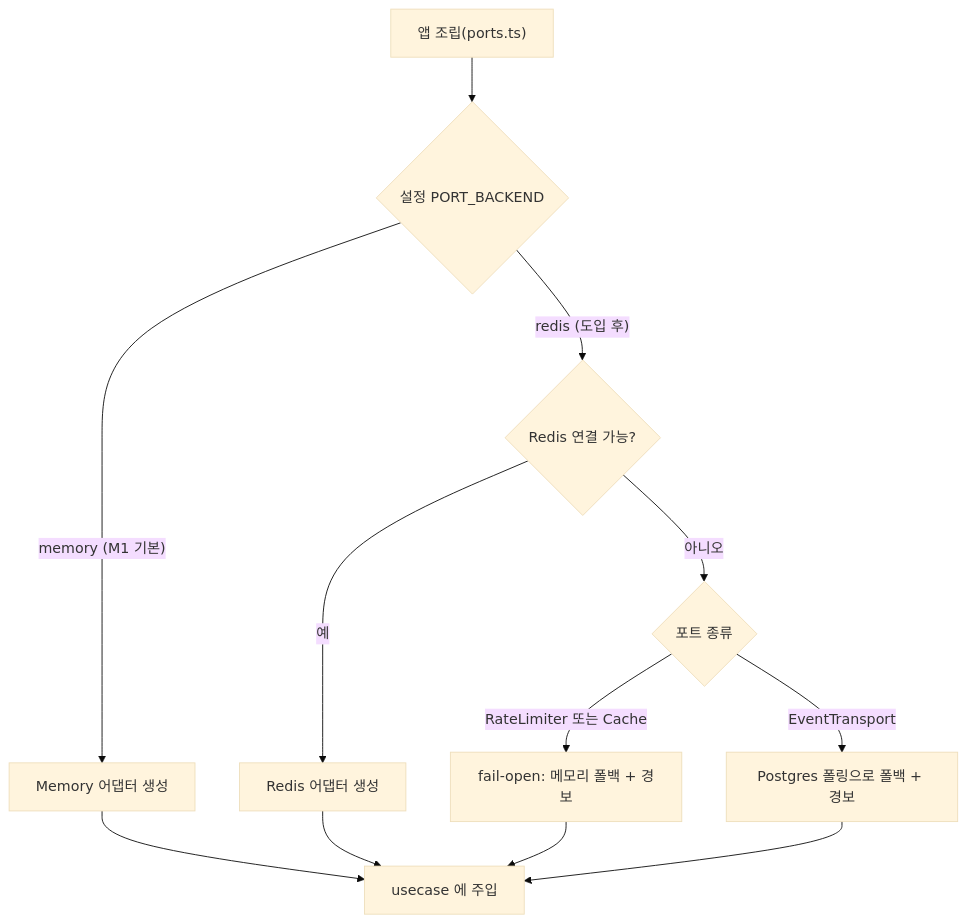
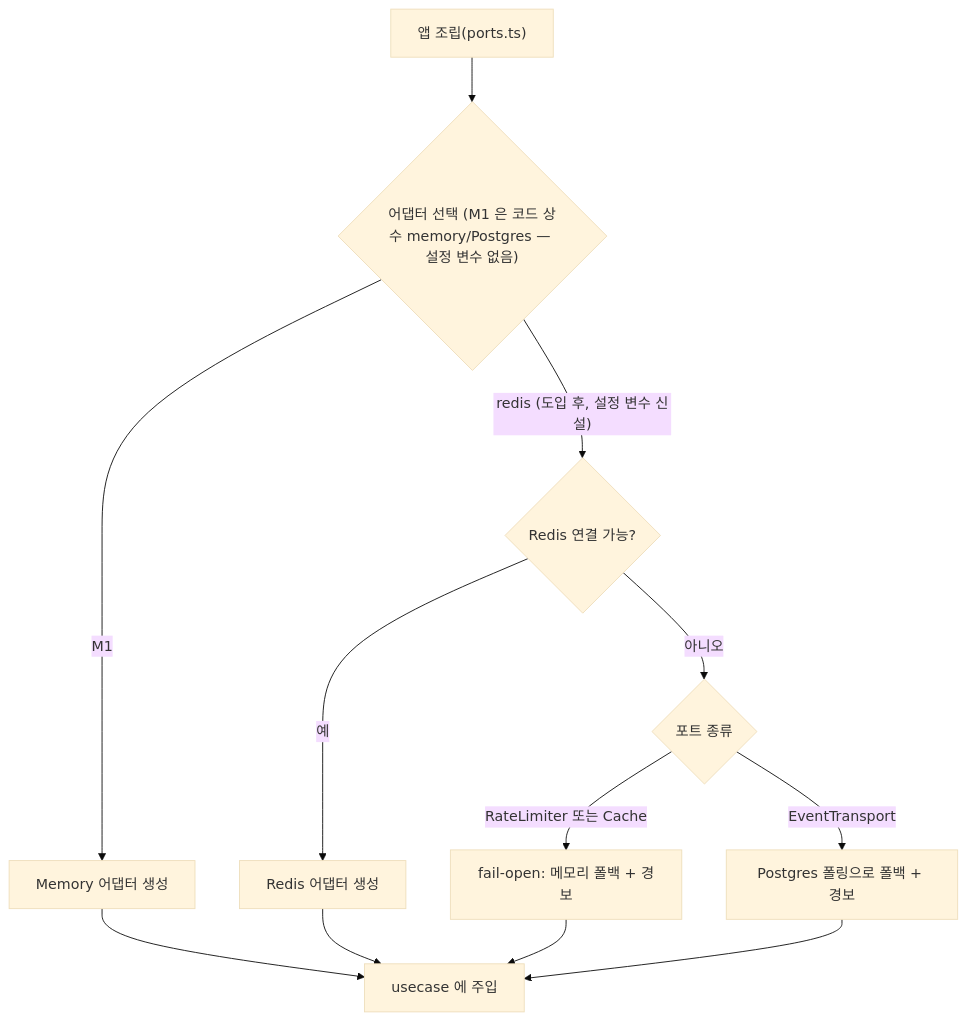
Before and after one commit to 1985jwlee/portpolio_backend: diagram 22 of 33 in docs/design/features/16-cross-cutting.md, drawn with Mermaid (base theme). The commit also changed other lines of this file and 33 other files, not shown here.

````diff
--- a/docs/design/features/16-cross-cutting.md
+++ b/docs/design/features/16-cross-cutting.md
@@ -1153,14 +1172,14 @@
 ```mermaid
 flowchart TD
-    A["앱 조립(ports.ts)"] --> B{"설정 PORT_BACKEND"}
-    B -- "memory (M1 기본)" --> M["Memory 어댑터 생성"]
-    B -- "redis (도입 후)" --> C{"Redis 연결 가능?"}
+    A["앱 조립(ports.ts)"] --> B{"어댑터 선택 (M1 은 코드 상수 memory/Postgres — 설정 변수 없음)"}
+    B -- "M1" --> M["Memory 어댑터 생성"]
+    B -- "redis (도입 후, 설정 변수 신설)" --> C{"Redis 연결 가능?"}
     C -- "예" --> R["Redis 어댑터 생성"]
     C -- "아니오" --> D{"포트 종류"}
     D -- "RateLimiter 또는 Cache" --> M2["fail-open: 메모리 폴백 + 경보"]
     D -- "EventTransport" --> P["Postgres 폴링으로 폴백 + 경보"]
     M --> OK["usecase 에 주입"]
     R --> OK
     M2 --> OK
     P --> OK
 ```
````
